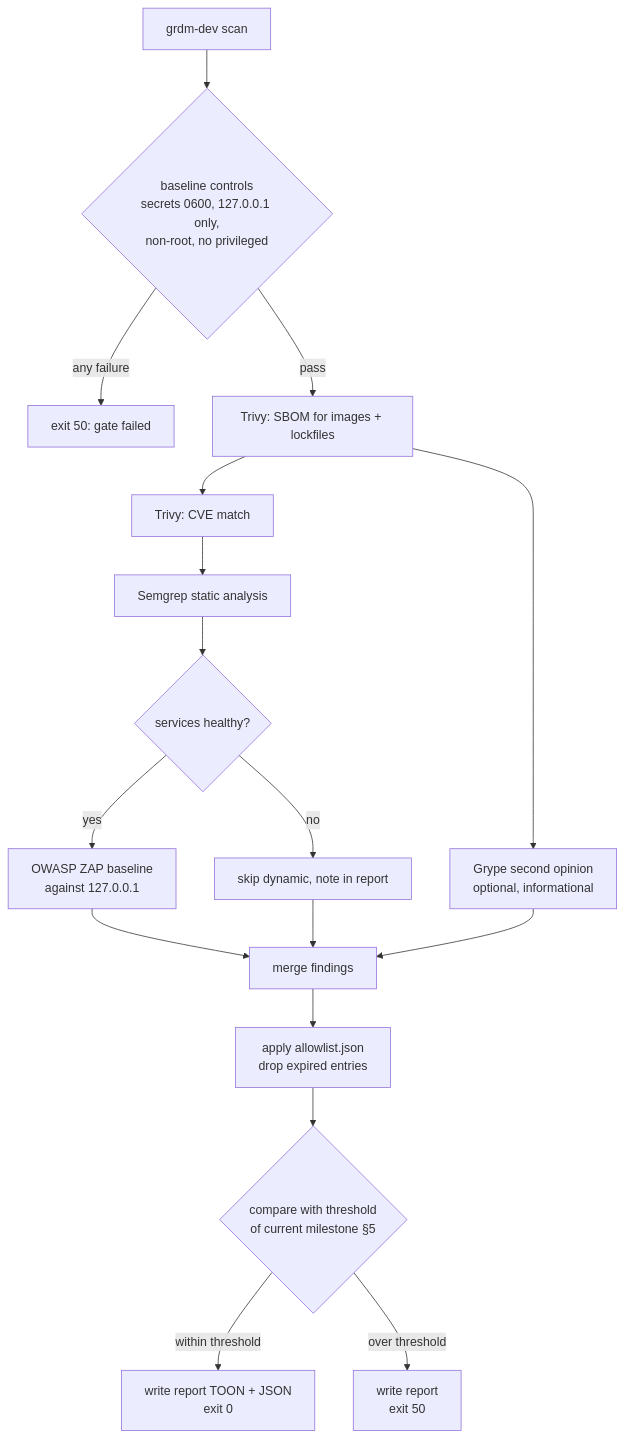
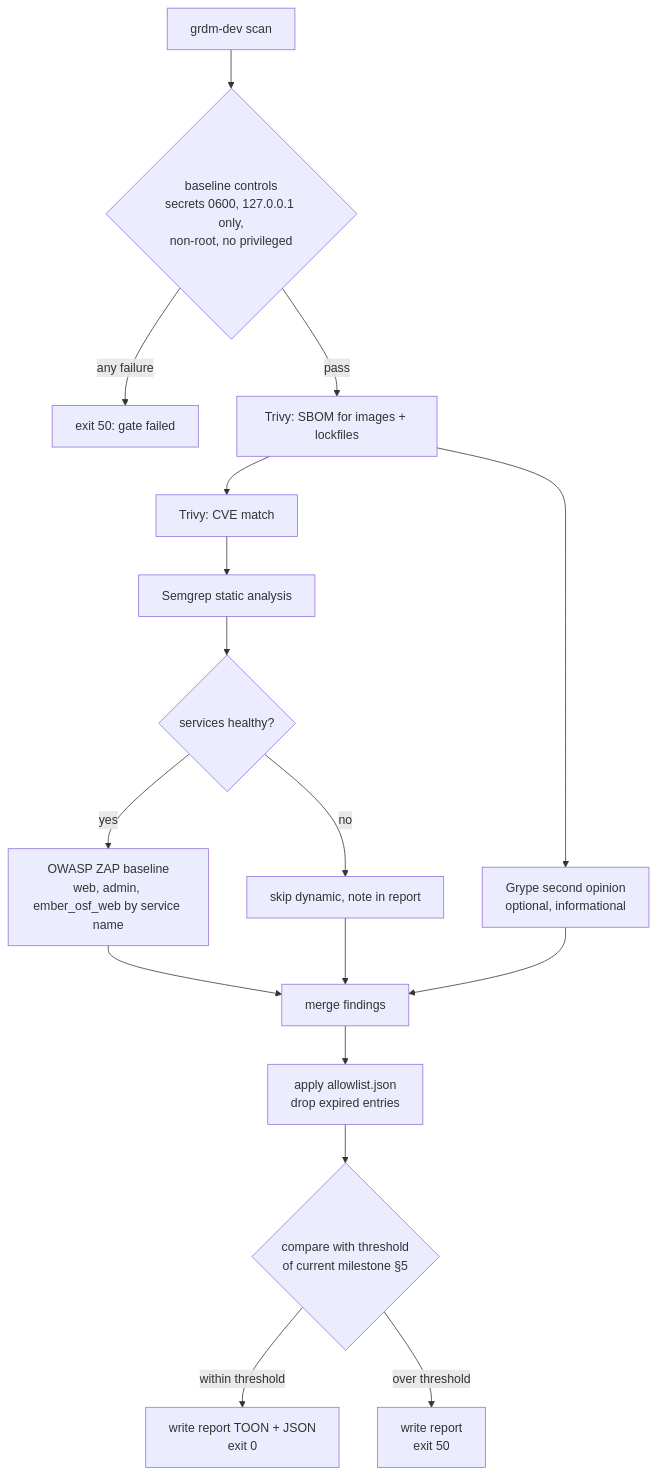
Before and after one commit to RCOSDP/RDM-developer-guide: the first of 4 diagrams in docs/spec/03_security_gate.md, drawn with Mermaid. The commit also changed other lines of this file and 68 other files, not shown here.

````diff
--- a/docs/spec/03_security_gate.md
+++ b/docs/spec/03_security_gate.md
@@ -106,19 +108,19 @@
 ```mermaid
 flowchart TD
     A[grdm-dev scan] --> B{baseline controls<br/>secrets 0600, 127.0.0.1 only,<br/>non-root, no privileged}
     B -- any failure --> X[exit 50: gate failed]
     B -- pass --> C[Trivy: SBOM for images + lockfiles]
     C --> D[Trivy: CVE match]
     C --> E[Grype second opinion<br/>optional, informational]
     D --> F[Semgrep static analysis]
     F --> G{services healthy?}
-    G -- yes --> H[OWASP ZAP baseline<br/>against 127.0.0.1]
+    G -- yes --> H["OWASP ZAP baseline<br/>web, admin, ember_osf_web by service name"]
     G -- no --> I[skip dynamic, note in report]
     H --> J[merge findings]
     I --> J
     E --> J
     J --> K[apply allowlist.json<br/>drop expired entries]
     K --> L{compare with threshold<br/>of current milestone §5}
     L -- within threshold --> M[write report TOON + JSON<br/>exit 0]
     L -- over threshold --> N[write report<br/>exit 50]
 ```
````
